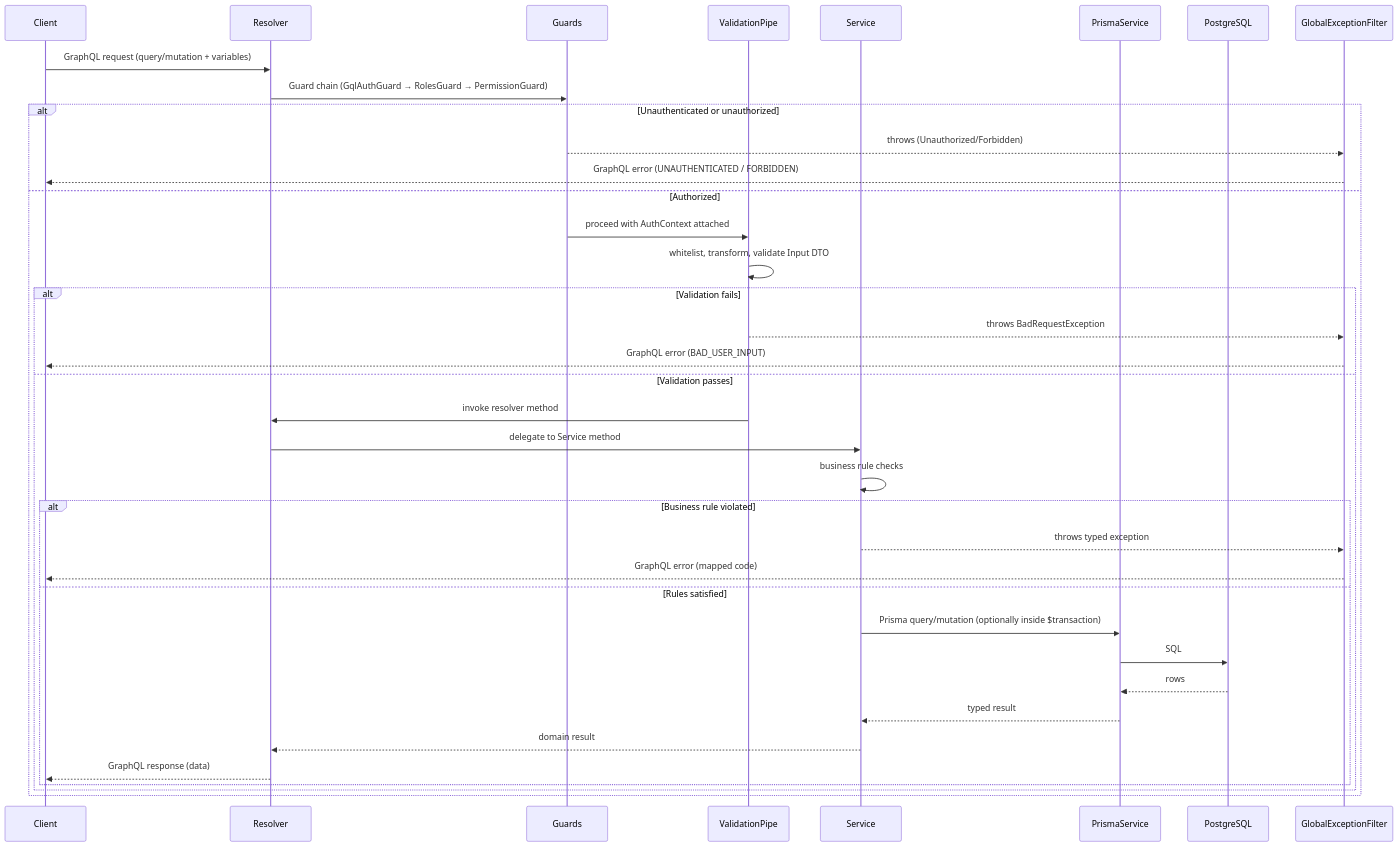
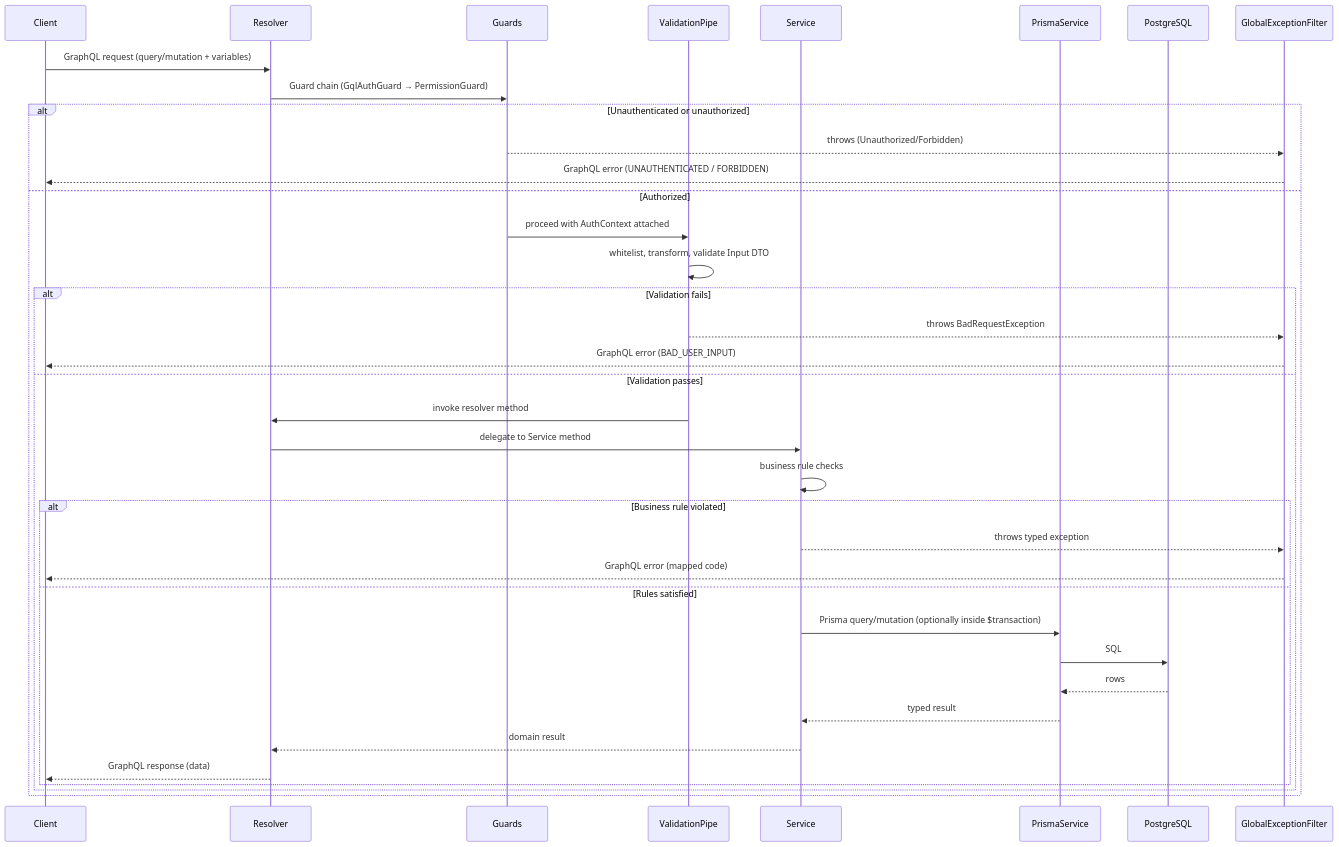
Before and after one commit to lakhaniyash/Smartsense-marketplace: the diagram in docs/api-conventions.md, drawn with Mermaid. The commit also changed other lines of this file and 13 other files, not shown here.

````diff
--- a/docs/api-conventions.md
+++ b/docs/api-conventions.md
@@ -66,40 +66,40 @@
 ```mermaid
 sequenceDiagram
     participant C as Client
     participant R as Resolver
     participant G as Guards
     participant V as ValidationPipe
     participant S as Service
     participant P as PrismaService
     participant DB as PostgreSQL
     participant F as GlobalExceptionFilter
 
     C->>R: GraphQL request (query/mutation + variables)
-    R->>G: Guard chain (GqlAuthGuard → RolesGuard → PermissionGuard)
+    R->>G: Guard chain (GqlAuthGuard → PermissionGuard)
     alt Unauthenticated or unauthorized
         G-->>F: throws (Unauthorized/Forbidden)
         F-->>C: GraphQL error (UNAUTHENTICATED / FORBIDDEN)
     else Authorized
         G->>V: proceed with AuthContext attached
         V->>V: whitelist, transform, validate Input DTO
         alt Validation fails
             V-->>F: throws BadRequestException
             F-->>C: GraphQL error (BAD_USER_INPUT)
         else Validation passes
             V->>R: invoke resolver method
             R->>S: delegate to Service method
             S->>S: business rule checks
             alt Business rule violated
                 S-->>F: throws typed exception
                 F-->>C: GraphQL error (mapped code)
             else Rules satisfied
                 S->>P: Prisma query/mutation (optionally inside $transaction)
                 P->>DB: SQL
                 DB-->>P: rows
                 P-->>S: typed result
                 S-->>R: domain result
                 R-->>C: GraphQL response (data)
             end
         end
     end
 ```
````
